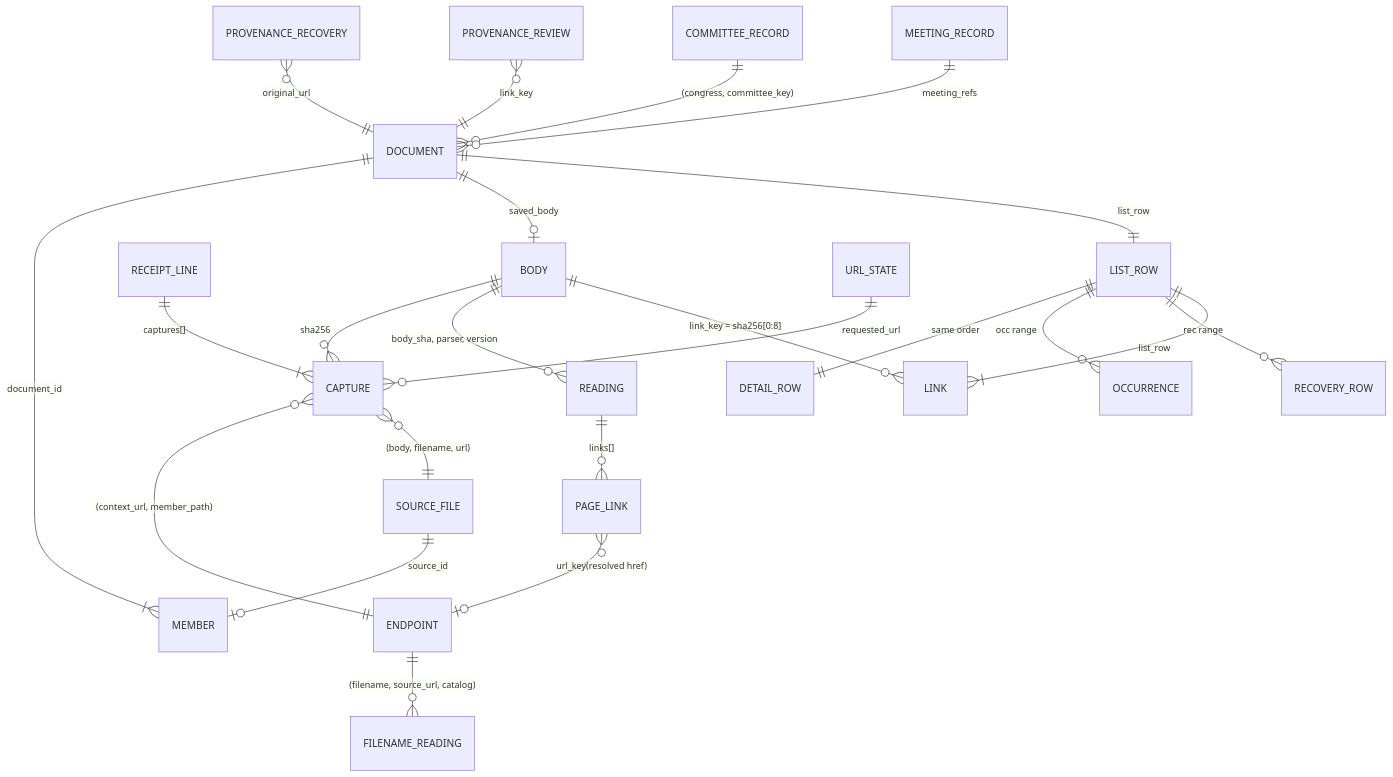
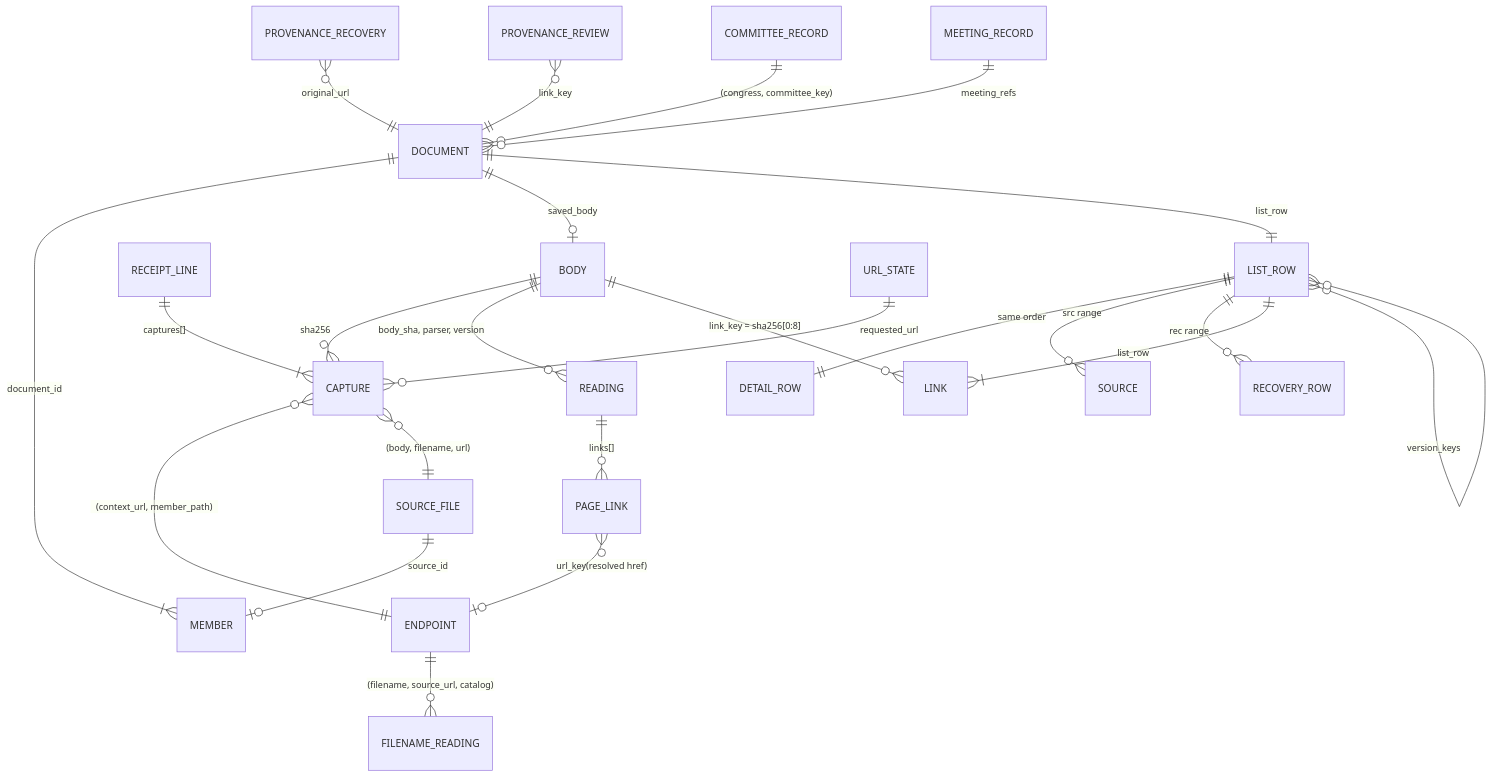
Before and after one commit to civictechdc/congressional-tech: the diagram in docs/engine-first-data-model.md, drawn with Mermaid. The commit also changed other lines of this file and 3 other files, not shown here.

````diff
--- a/docs/engine-first-data-model.md
+++ b/docs/engine-first-data-model.md
@@ -761,25 +767,26 @@
 ```mermaid
 erDiagram
   BODY ||--o{ CAPTURE : "sha256"
   RECEIPT_LINE ||--|{ CAPTURE : "captures[]"
   CAPTURE }o--|| ENDPOINT : "(context_url, member_path)"
   BODY ||--o{ READING : "body_sha, parser, version"
   READING ||--o{ PAGE_LINK : "links[]"
   PAGE_LINK }o--o| ENDPOINT : "url_key(resolved href)"
   ENDPOINT ||--o{ FILENAME_READING : "(filename, source_url, catalog)"
   CAPTURE }o--|| SOURCE_FILE : "(body, filename, url)"
   SOURCE_FILE ||--o| MEMBER : "source_id"
   DOCUMENT ||--|{ MEMBER : "document_id"
   DOCUMENT ||--o| BODY : "saved_body"
   DOCUMENT ||--|| LIST_ROW : "list_row"
   LIST_ROW ||--|| DETAIL_ROW : "same order"
-  LIST_ROW ||--o{ OCCURRENCE : "occ range"
+  LIST_ROW ||--o{ SOURCE : "src range"
   LIST_ROW ||--o{ RECOVERY_ROW : "rec range"
   LIST_ROW ||--|{ LINK : "list_row"
+  LIST_ROW }o--o{ LIST_ROW : "version_keys"
   BODY ||--o{ LINK : "link_key = sha256[0:8]"
   PROVENANCE_RECOVERY }o--|| DOCUMENT : "original_url"
   PROVENANCE_REVIEW }o--|| DOCUMENT : "link_key"
   URL_STATE ||--o{ CAPTURE : "requested_url"
   COMMITTEE_RECORD ||--o{ DOCUMENT : "(congress, committee_key)"
   MEETING_RECORD ||--o{ DOCUMENT : "meeting_refs"
 ```
````
